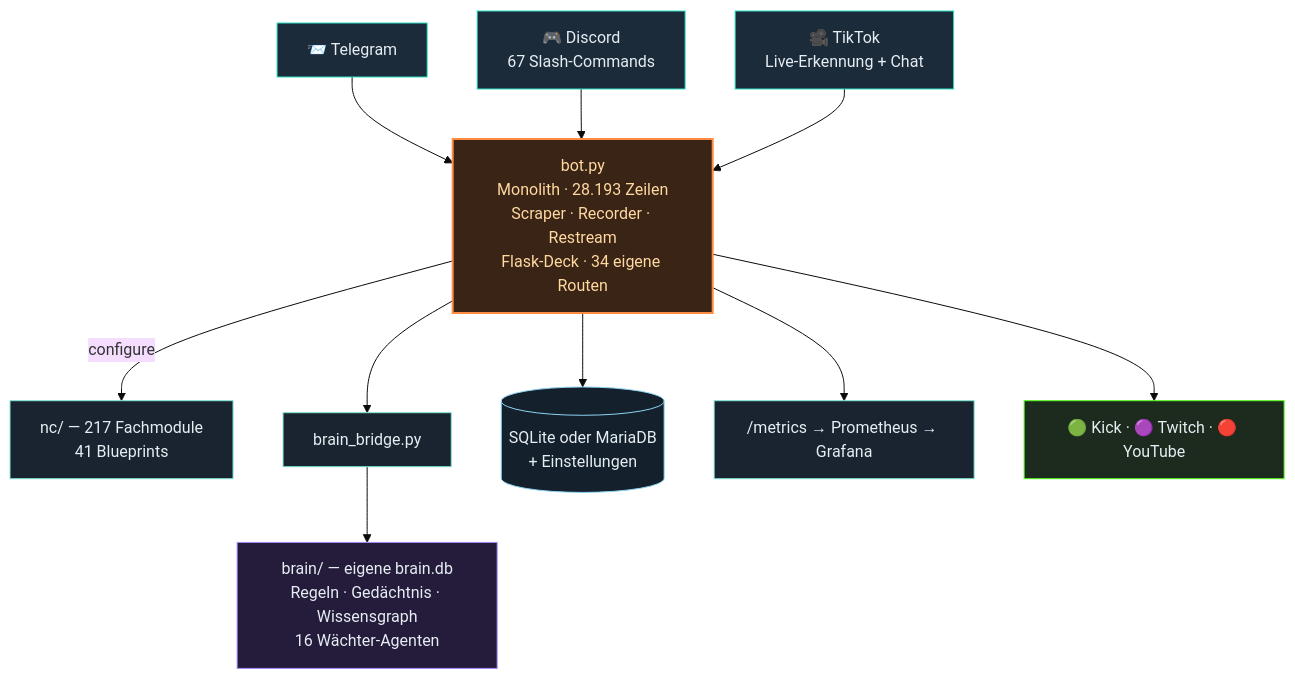
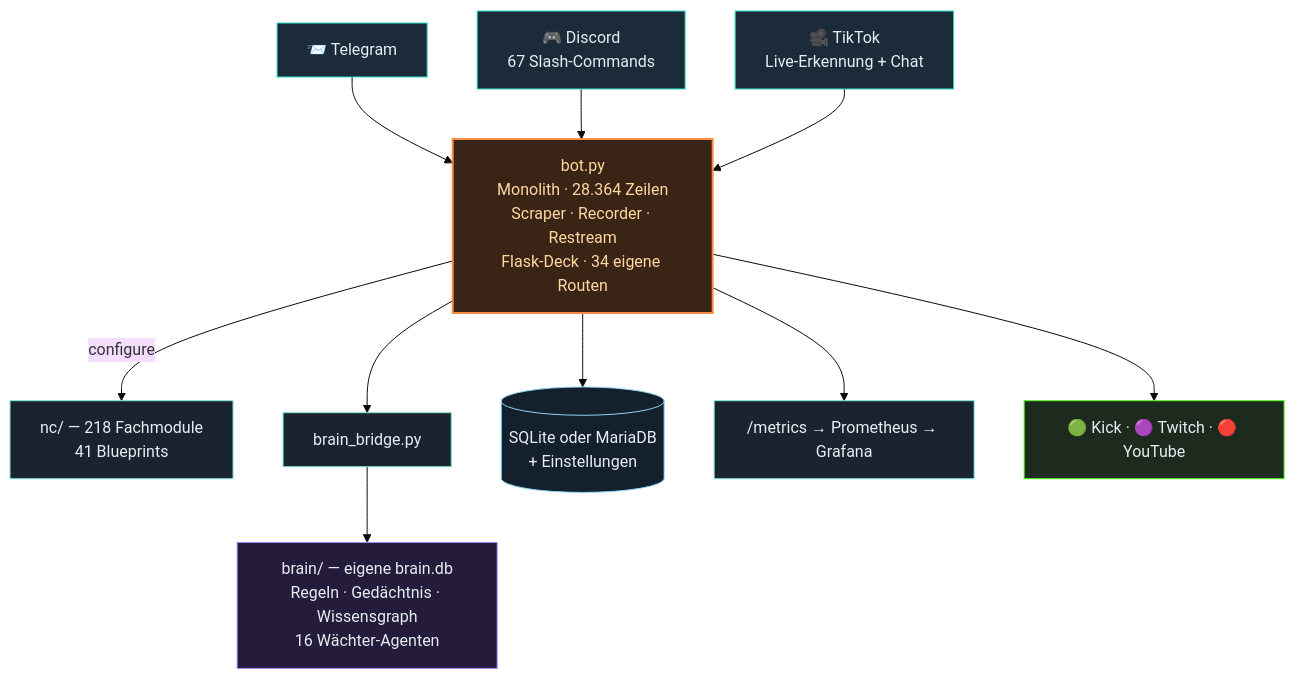
One commit to itsamemedev/Telegram-Stream-Info-Bot changed the second of 3 diagrams in README.md. Above: the diagram before and after it, drawn with Mermaid (base theme). The commit also changed other lines of this file and 16 other files, not shown here.

````diff
--- a/README.md
+++ b/README.md
@@ -118,19 +118,19 @@
 ```mermaid
 flowchart TB
     TG["📨 Telegram"]:::ein --> BOT
     DC["🎮 Discord<br/>67 Slash-Commands"]:::ein --> BOT
     TT["🎥 TikTok<br/>Live-Erkennung + Chat"]:::ein --> BOT
-    BOT["bot.py<br/>Monolith · 28.193 Zeilen<br/>Scraper · Recorder · Restream<br/>Flask-Deck · 34 eigene Routen"]:::core
-    BOT -->|configure| NC["nc/ — 217 Fachmodule<br/>41 Blueprints"]:::lib
+    BOT["bot.py<br/>Monolith · 28.364 Zeilen<br/>Scraper · Recorder · Restream<br/>Flask-Deck · 34 eigene Routen"]:::core
+    BOT -->|configure| NC["nc/ — 218 Fachmodule<br/>41 Blueprints"]:::lib
     BOT --> BR["brain_bridge.py"]:::lib
     BR --> BRAIN["brain/ — eigene brain.db<br/>Regeln · Gedächtnis · Wissensgraph<br/>16 Wächter-Agenten"]:::brain
     BOT --> DB[("SQLite oder MariaDB<br/>+ Einstellungen")]:::db
     BOT --> PROM["/metrics → Prometheus → Grafana"]:::lib
     BOT --> OUT["🟢 Kick · 🟣 Twitch · 🔴 YouTube"]:::out
     classDef ein fill:#1c2b3a,stroke:#2de1c2,color:#e6edf3
     classDef core fill:#3a2415,stroke:#ff8c42,stroke-width:2px,color:#ffd9a0
     classDef lib fill:#1a2430,stroke:#7fe7d4,color:#e6edf3
     classDef brain fill:#241c3a,stroke:#a78bfa,color:#e6edf3
     classDef db fill:#14202c,stroke:#8fd3f4,color:#e6edf3
     classDef out fill:#1c2b1e,stroke:#53fc18,color:#e6edf3
 ```
````
